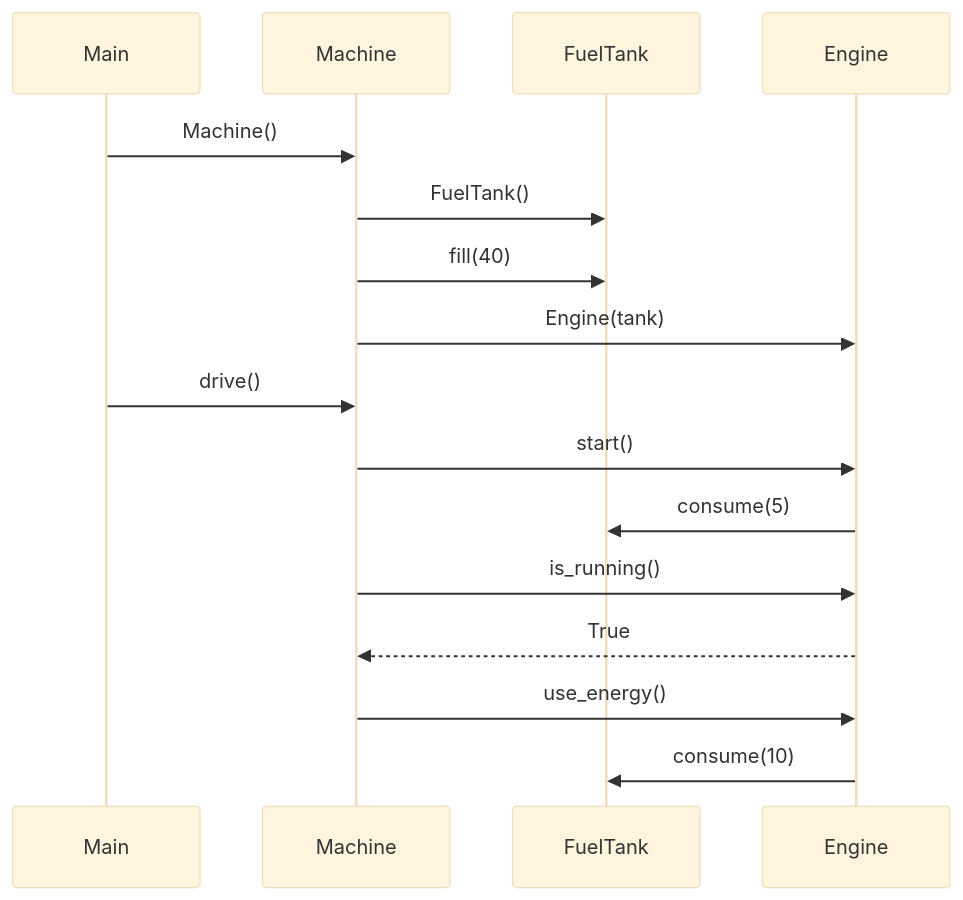
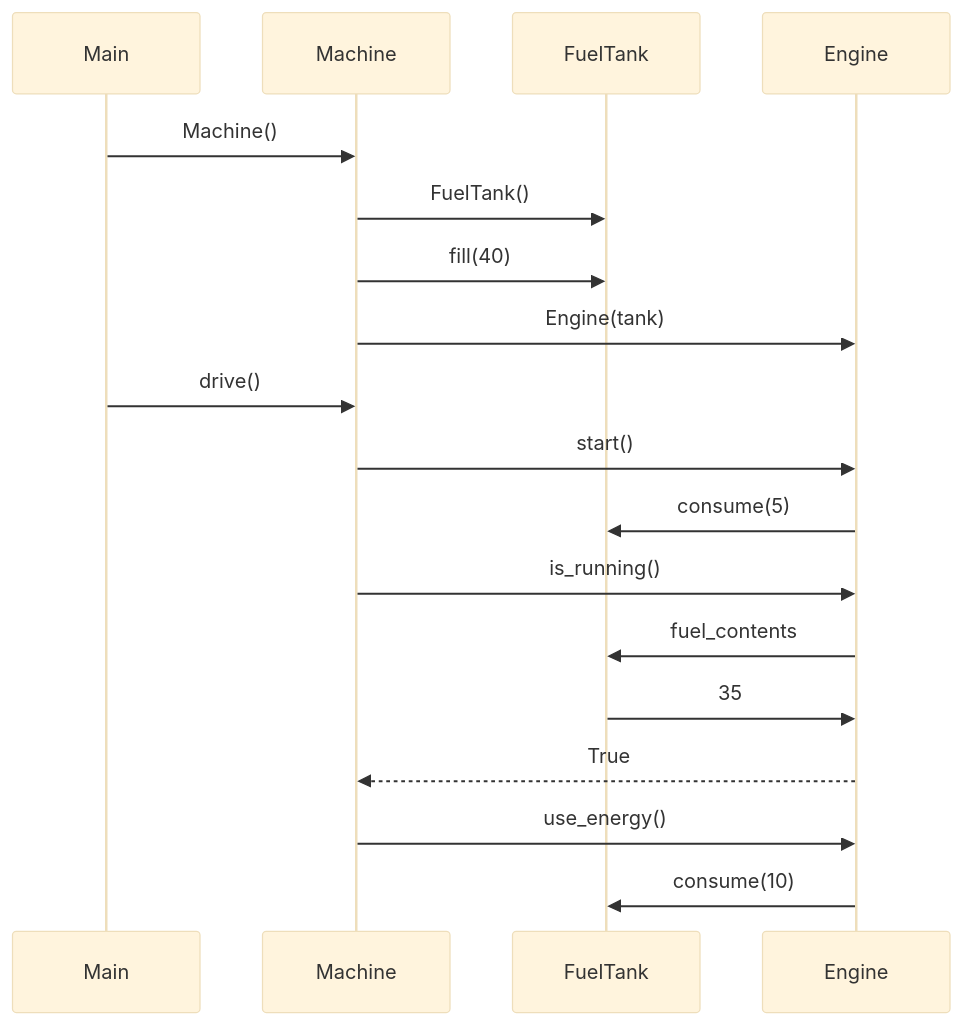
Before and after one commit to JesseHantula/JokerPoker: the diagram in laskarit/viikko3/sequencediagram.md, drawn with Mermaid (base theme).

````diff
--- a/laskarit/viikko3/sequencediagram.md
+++ b/laskarit/viikko3/sequencediagram.md
@@ -1,15 +1,17 @@
 ```mermaid
     sequenceDiagram
         Main->>Machine: Machine()
         Machine->>FuelTank: FuelTank()
         Machine->>FuelTank: fill(40)
         Machine->>Engine: Engine(tank)
         Main->>Machine: drive()
         Machine->>Engine: start()
         Engine->>FuelTank: consume(5)
         Machine->>Engine: is_running()
+        Engine->>FuelTank: fuel_contents
+        FuelTank->>Engine: 35
         Engine-->>Machine: True
         Machine->>Engine: use_energy()
         Engine->>FuelTank: consume(10)       
         
 ```
````
